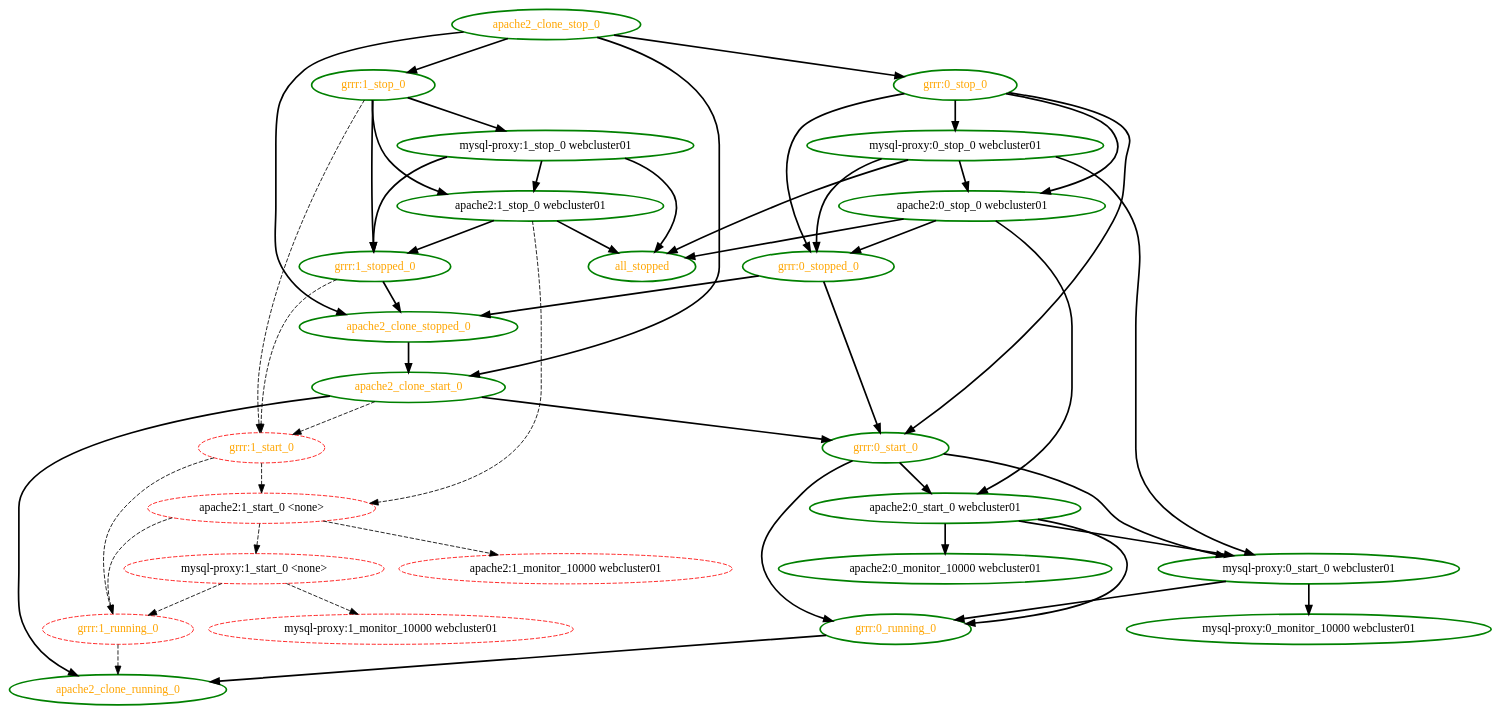
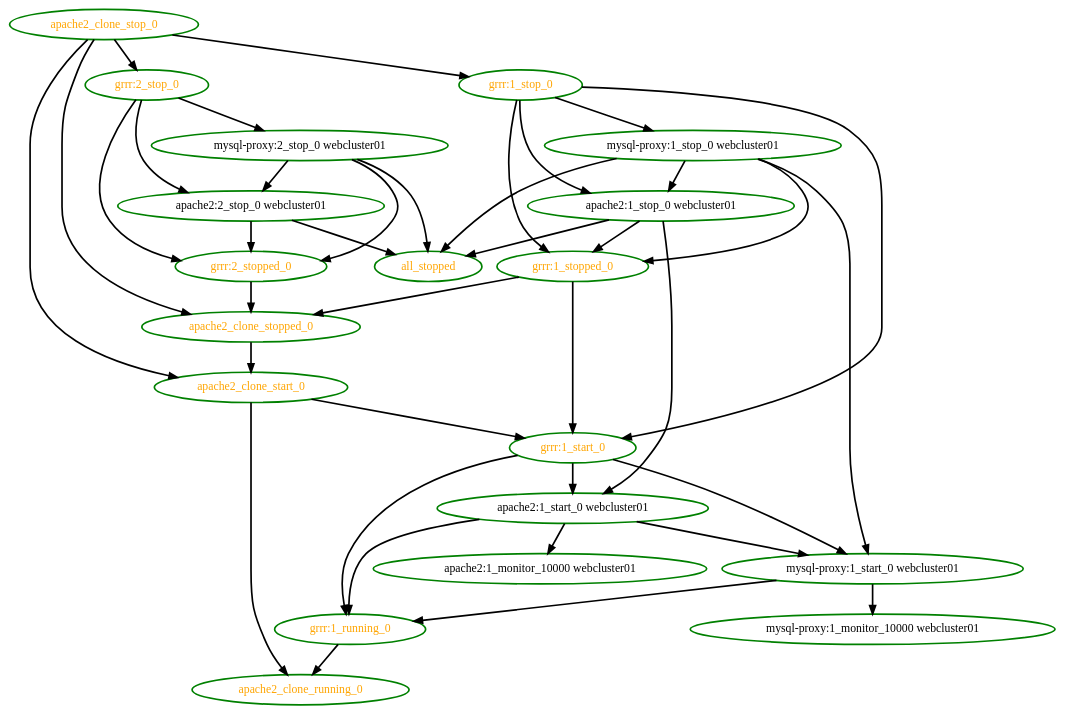
The diagram in pengine/test10/cloned-group.dot (linux-ha-japan/pm_diskd), drawn with Graphviz before and after one commit. The commit also changed 6 other files, not shown here.

```diff
--- a/pengine/test10/cloned-group.dot
+++ b/pengine/test10/cloned-group.dot
@@ -1,77 +1,59 @@
 digraph "g" {
 "all_stopped" [ style=bold color="green" fontcolor="orange"  ]
-"apache2:0_monitor_10000 webcluster01" [ style=bold color="green" fontcolor="black"  ]
-"apache2:0_start_0 webcluster01" -> "apache2:0_monitor_10000 webcluster01" [ style = bold]
-"apache2:0_start_0 webcluster01" -> "grrr:0_running_0" [ style = bold]
-"apache2:0_start_0 webcluster01" -> "mysql-proxy:0_start_0 webcluster01" [ style = bold]
-"apache2:0_start_0 webcluster01" [ style=bold color="green" fontcolor="black"  ]
-"apache2:0_stop_0 webcluster01" -> "all_stopped" [ style = bold]
-"apache2:0_stop_0 webcluster01" -> "apache2:0_start_0 webcluster01" [ style = bold]
-"apache2:0_stop_0 webcluster01" -> "grrr:0_stopped_0" [ style = bold]
-"apache2:0_stop_0 webcluster01" [ style=bold color="green" fontcolor="black"  ]
-"apache2:1_monitor_10000 webcluster01" [ style=dashed color="red" fontcolor="black"  ]
-"apache2:1_start_0 <none>" -> "apache2:1_monitor_10000 webcluster01" [ style = dashed]
-"apache2:1_start_0 <none>" -> "grrr:1_running_0" [ style = dashed]
-"apache2:1_start_0 <none>" -> "mysql-proxy:1_start_0 <none>" [ style = dashed]
-"apache2:1_start_0 <none>" [ style=dashed color="red" fontcolor="black"  ]
+"apache2:1_monitor_10000 webcluster01" [ style=bold color="green" fontcolor="black"  ]
+"apache2:1_start_0 webcluster01" -> "apache2:1_monitor_10000 webcluster01" [ style = bold]
+"apache2:1_start_0 webcluster01" -> "grrr:1_running_0" [ style = bold]
+"apache2:1_start_0 webcluster01" -> "mysql-proxy:1_start_0 webcluster01" [ style = bold]
+"apache2:1_start_0 webcluster01" [ style=bold color="green" fontcolor="black"  ]
 "apache2:1_stop_0 webcluster01" -> "all_stopped" [ style = bold]
-"apache2:1_stop_0 webcluster01" -> "apache2:1_start_0 <none>" [ style = dashed]
+"apache2:1_stop_0 webcluster01" -> "apache2:1_start_0 webcluster01" [ style = bold]
 "apache2:1_stop_0 webcluster01" -> "grrr:1_stopped_0" [ style = bold]
 "apache2:1_stop_0 webcluster01" [ style=bold color="green" fontcolor="black"  ]
+"apache2:2_stop_0 webcluster01" -> "all_stopped" [ style = bold]
+"apache2:2_stop_0 webcluster01" -> "grrr:2_stopped_0" [ style = bold]
+"apache2:2_stop_0 webcluster01" [ style=bold color="green" fontcolor="black"  ]
 "apache2_clone_running_0" [ style=bold color="green" fontcolor="orange"  ]
 "apache2_clone_start_0" -> "apache2_clone_running_0" [ style = bold]
-"apache2_clone_start_0" -> "grrr:0_start_0" [ style = bold]
-"apache2_clone_start_0" -> "grrr:1_start_0" [ style = dashed]
+"apache2_clone_start_0" -> "grrr:1_start_0" [ style = bold]
 "apache2_clone_start_0" [ style=bold color="green" fontcolor="orange"  ]
 "apache2_clone_stop_0" -> "apache2_clone_start_0" [ style = bold]
 "apache2_clone_stop_0" -> "apache2_clone_stopped_0" [ style = bold]
-"apache2_clone_stop_0" -> "grrr:0_stop_0" [ style = bold]
 "apache2_clone_stop_0" -> "grrr:1_stop_0" [ style = bold]
+"apache2_clone_stop_0" -> "grrr:2_stop_0" [ style = bold]
 "apache2_clone_stop_0" [ style=bold color="green" fontcolor="orange"  ]
 "apache2_clone_stopped_0" -> "apache2_clone_start_0" [ style = bold]
 "apache2_clone_stopped_0" [ style=bold color="green" fontcolor="orange"  ]
-"grrr:0_running_0" -> "apache2_clone_running_0" [ style = bold]
-"grrr:0_running_0" [ style=bold color="green" fontcolor="orange"  ]
-"grrr:0_start_0" -> "apache2:0_start_0 webcluster01" [ style = bold]
-"grrr:0_start_0" -> "grrr:0_running_0" [ style = bold]
-"grrr:0_start_0" -> "mysql-proxy:0_start_0 webcluster01" [ style = bold]
-"grrr:0_start_0" [ style=bold color="green" fontcolor="orange"  ]
-"grrr:0_stop_0" -> "apache2:0_stop_0 webcluster01" [ style = bold]
-"grrr:0_stop_0" -> "grrr:0_start_0" [ style = bold]
-"grrr:0_stop_0" -> "grrr:0_stopped_0" [ style = bold]
-"grrr:0_stop_0" -> "mysql-proxy:0_stop_0 webcluster01" [ style = bold]
-"grrr:0_stop_0" [ style=bold color="green" fontcolor="orange"  ]
-"grrr:0_stopped_0" -> "apache2_clone_stopped_0" [ style = bold]
-"grrr:0_stopped_0" -> "grrr:0_start_0" [ style = bold]
-"grrr:0_stopped_0" [ style=bold color="green" fontcolor="orange"  ]
-"grrr:1_running_0" -> "apache2_clone_running_0" [ style = dashed]
-"grrr:1_running_0" [ style=dashed color="red" fontcolor="orange"  ]
-"grrr:1_start_0" -> "apache2:1_start_0 <none>" [ style = dashed]
-"grrr:1_start_0" -> "grrr:1_running_0" [ style = dashed]
-"grrr:1_start_0" [ style=dashed color="red" fontcolor="orange"  ]
+"grrr:1_running_0" -> "apache2_clone_running_0" [ style = bold]
+"grrr:1_running_0" [ style=bold color="green" fontcolor="orange"  ]
+"grrr:1_start_0" -> "apache2:1_start_0 webcluster01" [ style = bold]
+"grrr:1_start_0" -> "grrr:1_running_0" [ style = bold]
+"grrr:1_start_0" -> "mysql-proxy:1_start_0 webcluster01" [ style = bold]
+"grrr:1_start_0" [ style=bold color="green" fontcolor="orange"  ]
 "grrr:1_stop_0" -> "apache2:1_stop_0 webcluster01" [ style = bold]
-"grrr:1_stop_0" -> "grrr:1_start_0" [ style = dashed]
+"grrr:1_stop_0" -> "grrr:1_start_0" [ style = bold]
 "grrr:1_stop_0" -> "grrr:1_stopped_0" [ style = bold]
 "grrr:1_stop_0" -> "mysql-proxy:1_stop_0 webcluster01" [ style = bold]
 "grrr:1_stop_0" [ style=bold color="green" fontcolor="orange"  ]
 "grrr:1_stopped_0" -> "apache2_clone_stopped_0" [ style = bold]
-"grrr:1_stopped_0" -> "grrr:1_start_0" [ style = dashed]
+"grrr:1_stopped_0" -> "grrr:1_start_0" [ style = bold]
 "grrr:1_stopped_0" [ style=bold color="green" fontcolor="orange"  ]
-"mysql-proxy:0_monitor_10000 webcluster01" [ style=bold color="green" fontcolor="black"  ]
-"mysql-proxy:0_start_0 webcluster01" -> "grrr:0_running_0" [ style = bold]
-"mysql-proxy:0_start_0 webcluster01" -> "mysql-proxy:0_monitor_10000 webcluster01" [ style = bold]
-"mysql-proxy:0_start_0 webcluster01" [ style=bold color="green" fontcolor="black"  ]
-"mysql-proxy:0_stop_0 webcluster01" -> "all_stopped" [ style = bold]
-"mysql-proxy:0_stop_0 webcluster01" -> "apache2:0_stop_0 webcluster01" [ style = bold]
-"mysql-proxy:0_stop_0 webcluster01" -> "grrr:0_stopped_0" [ style = bold]
-"mysql-proxy:0_stop_0 webcluster01" -> "mysql-proxy:0_start_0 webcluster01" [ style = bold]
-"mysql-proxy:0_stop_0 webcluster01" [ style=bold color="green" fontcolor="black"  ]
-"mysql-proxy:1_monitor_10000 webcluster01" [ style=dashed color="red" fontcolor="black"  ]
-"mysql-proxy:1_start_0 <none>" -> "grrr:1_running_0" [ style = dashed]
-"mysql-proxy:1_start_0 <none>" -> "mysql-proxy:1_monitor_10000 webcluster01" [ style = dashed]
-"mysql-proxy:1_start_0 <none>" [ style=dashed color="red" fontcolor="black"  ]
+"grrr:2_stop_0" -> "apache2:2_stop_0 webcluster01" [ style = bold]
+"grrr:2_stop_0" -> "grrr:2_stopped_0" [ style = bold]
+"grrr:2_stop_0" -> "mysql-proxy:2_stop_0 webcluster01" [ style = bold]
+"grrr:2_stop_0" [ style=bold color="green" fontcolor="orange"  ]
+"grrr:2_stopped_0" -> "apache2_clone_stopped_0" [ style = bold]
+"grrr:2_stopped_0" [ style=bold color="green" fontcolor="orange"  ]
+"mysql-proxy:1_monitor_10000 webcluster01" [ style=bold color="green" fontcolor="black"  ]
+"mysql-proxy:1_start_0 webcluster01" -> "grrr:1_running_0" [ style = bold]
+"mysql-proxy:1_start_0 webcluster01" -> "mysql-proxy:1_monitor_10000 webcluster01" [ style = bold]
+"mysql-proxy:1_start_0 webcluster01" [ style=bold color="green" fontcolor="black"  ]
 "mysql-proxy:1_stop_0 webcluster01" -> "all_stopped" [ style = bold]
 "mysql-proxy:1_stop_0 webcluster01" -> "apache2:1_stop_0 webcluster01" [ style = bold]
 "mysql-proxy:1_stop_0 webcluster01" -> "grrr:1_stopped_0" [ style = bold]
+"mysql-proxy:1_stop_0 webcluster01" -> "mysql-proxy:1_start_0 webcluster01" [ style = bold]
 "mysql-proxy:1_stop_0 webcluster01" [ style=bold color="green" fontcolor="black"  ]
+"mysql-proxy:2_stop_0 webcluster01" -> "all_stopped" [ style = bold]
+"mysql-proxy:2_stop_0 webcluster01" -> "apache2:2_stop_0 webcluster01" [ style = bold]
+"mysql-proxy:2_stop_0 webcluster01" -> "grrr:2_stopped_0" [ style = bold]
+"mysql-proxy:2_stop_0 webcluster01" [ style=bold color="green" fontcolor="black"  ]
 }
```
